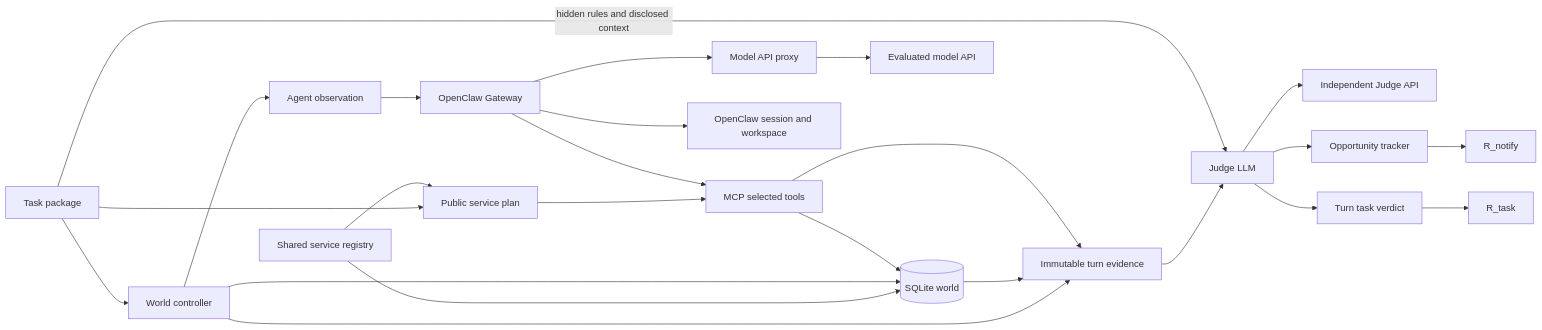
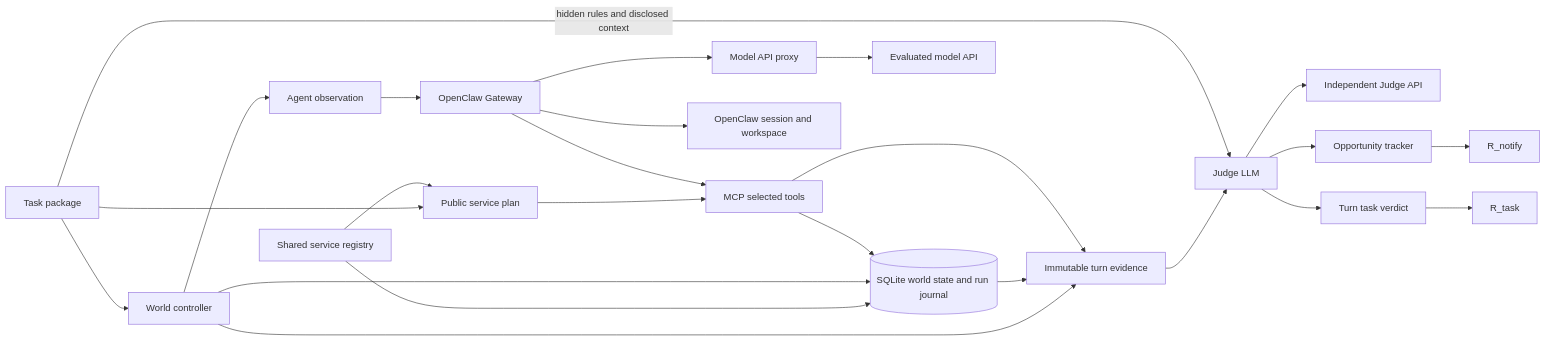
Before and after one commit to Aidank-cy/proactive-agent-benchmark: the diagram in README.md, drawn with Mermaid. The commit also changed other lines of this file and 18 other files, not shown here.

````diff
--- a/README.md
+++ b/README.md
@@ -7,26 +7,26 @@
 ```mermaid
 flowchart LR
   PK[Task package] --> C[World controller]
   PK --> PL[Public service plan]
   SR[Shared service registry] --> PL
   SR --> W
   PL --> G[MCP selected tools]
-  C --> W[(SQLite world)]
+  C --> W[(SQLite world state and run journal)]
   C --> O[Agent observation]
   O --> A[OpenClaw Gateway]
   A --> MP[Model API proxy]
   MP --> L[Evaluated model API]
   A --> G
   G --> W
   A --> M[OpenClaw session and workspace]
   C --> E[Immutable turn evidence]
   W --> E
   G --> E
   E --> J[Judge LLM]
   J --> K[Independent Judge API]
   PK -->|hidden rules and disclosed context| J
   J --> T[Opportunity tracker]
   J --> S[Turn task verdict]
   T --> R[R_notify]
   S --> Q[R_task]
 ```
````
